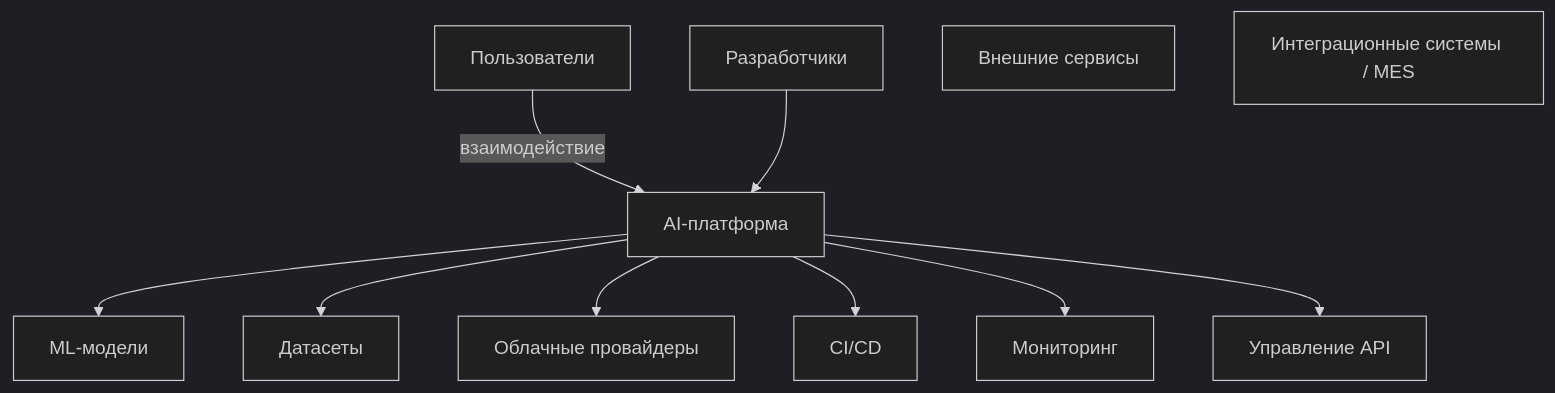
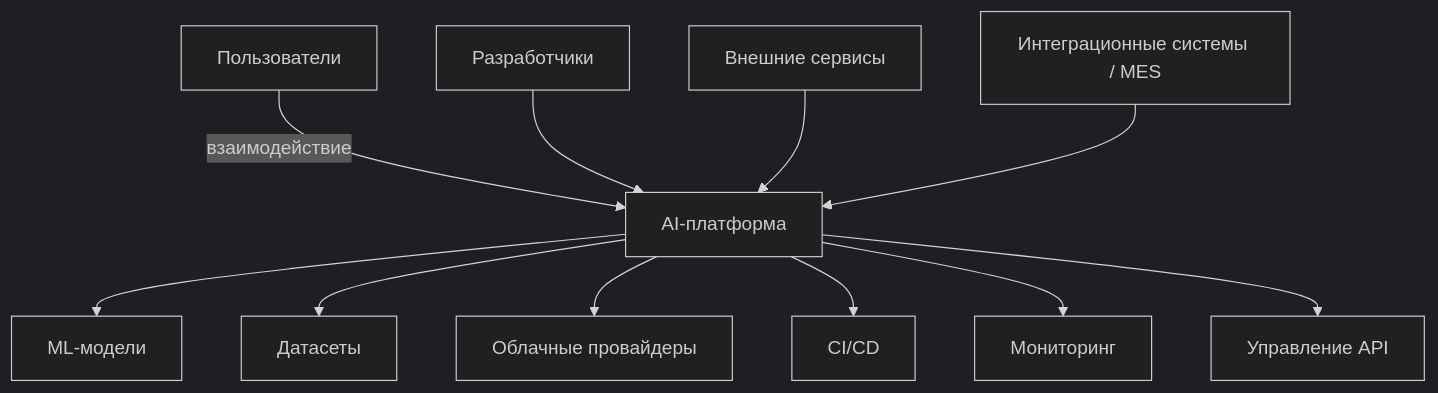
The first of 9 diagrams in archi_presentation2.md (kat-spb/JustTests), drawn with Mermaid (dark theme) before and after one commit.

````diff
--- a/archi_presentation2.md
+++ b/archi_presentation2.md
@@ -5,28 +5,30 @@
 ```mermaid
 graph TD
     Users[Пользователи]
     Devs[Разработчики]
 
     ExternalServices[Внешние сервисы]
     MLModels[ML-модели]
     Datasets[Датасеты]
     Cloud[Облачные провайдеры]
 
     Integration[Интеграционные системы / MES]
     CICD[CI/CD]
     Monitoring[Мониторинг]
     APIManagement[Управление API]
 
     Platform[AI-платформа]
 
     Users -->|взаимодействие| Platform
     Devs --> Platform
+    ExternalServices --> Platform
+    Integration --> Platform
 
     Platform --> MLModels
     Platform --> Datasets
     Platform --> Cloud
 
     Platform --> CICD
     Platform --> Monitoring
     Platform --> APIManagement
 ```
````
